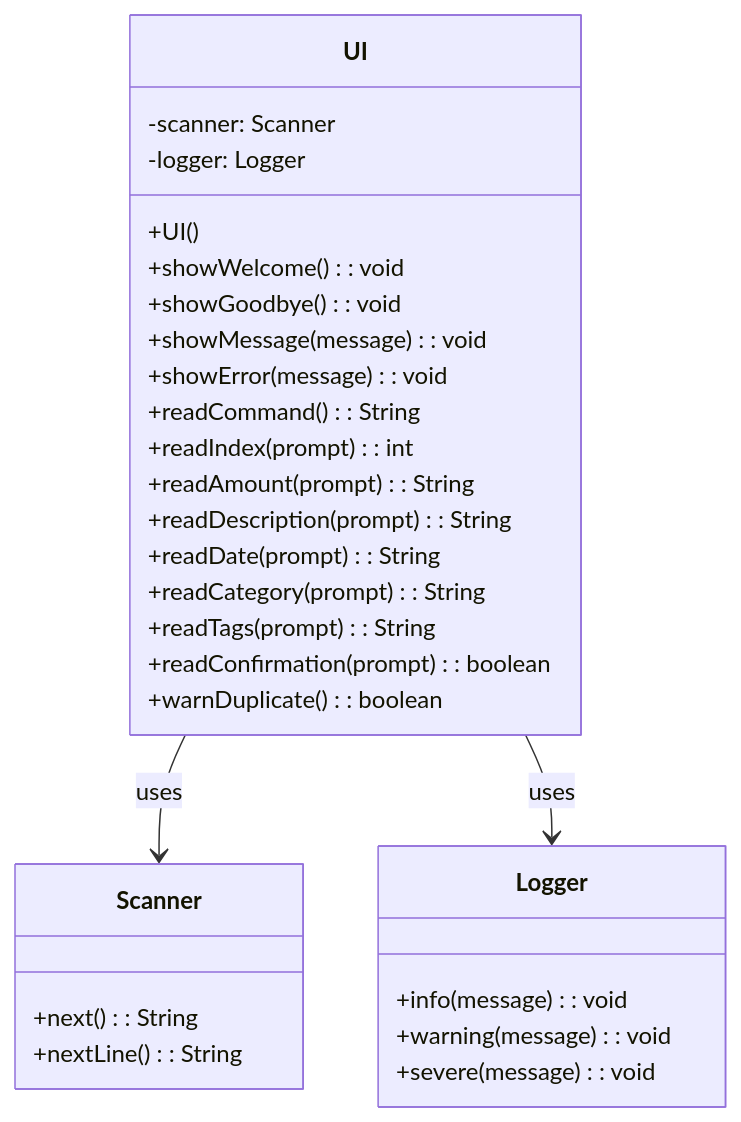
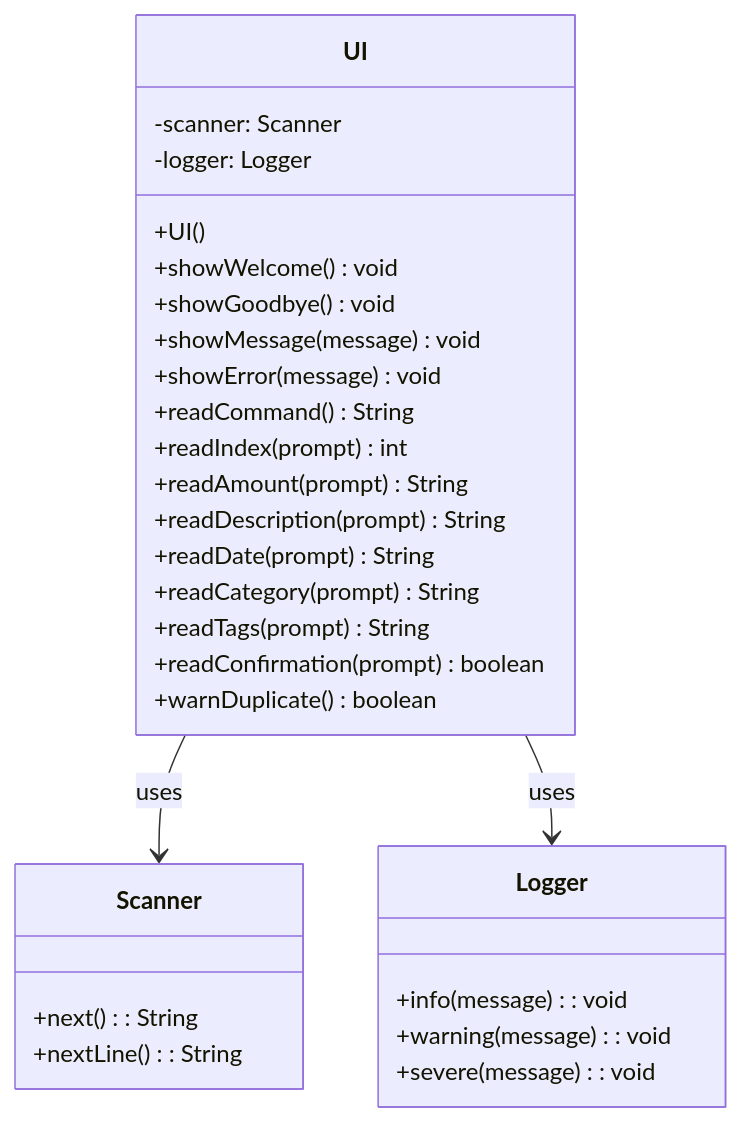
One commit to laitcanard05/tp changed the third of 20 diagrams in docs/DeveloperGuide.md. Above: the diagram before and after it, drawn with Mermaid. The commit also changed other lines of this file, not shown here.

````diff
--- a/docs/DeveloperGuide.md
+++ b/docs/DeveloperGuide.md
@@ -237,35 +237,35 @@
 ```mermaid
 classDiagram
     class UI {
         -scanner: Scanner
         -logger: Logger
         +UI()
-        +showWelcome(): void
-        +showGoodbye(): void
-        +showMessage(message): void
-        +showError(message): void
-        +readCommand(): String
-        +readIndex(prompt): int
-        +readAmount(prompt): String
-        +readDescription(prompt): String
-        +readDate(prompt): String
-        +readCategory(prompt): String
-        +readTags(prompt): String
-        +readConfirmation(prompt): boolean
-        +warnDuplicate(): boolean
+        +showWelcome() void
+        +showGoodbye() void
+        +showMessage(message) void
+        +showError(message) void
+        +readCommand() String
+        +readIndex(prompt) int
+        +readAmount(prompt) String
+        +readDescription(prompt) String
+        +readDate(prompt) String
+        +readCategory(prompt) String
+        +readTags(prompt) String
+        +readConfirmation(prompt) boolean
+        +warnDuplicate() boolean
     }
 
     class Scanner {
         +next(): String
         +nextLine(): String
     }
 
     class Logger {
         +info(message): void
         +warning(message): void
         +severe(message): void
     }
 
     UI --> Scanner : uses
     UI --> Logger : uses
 ```
````
